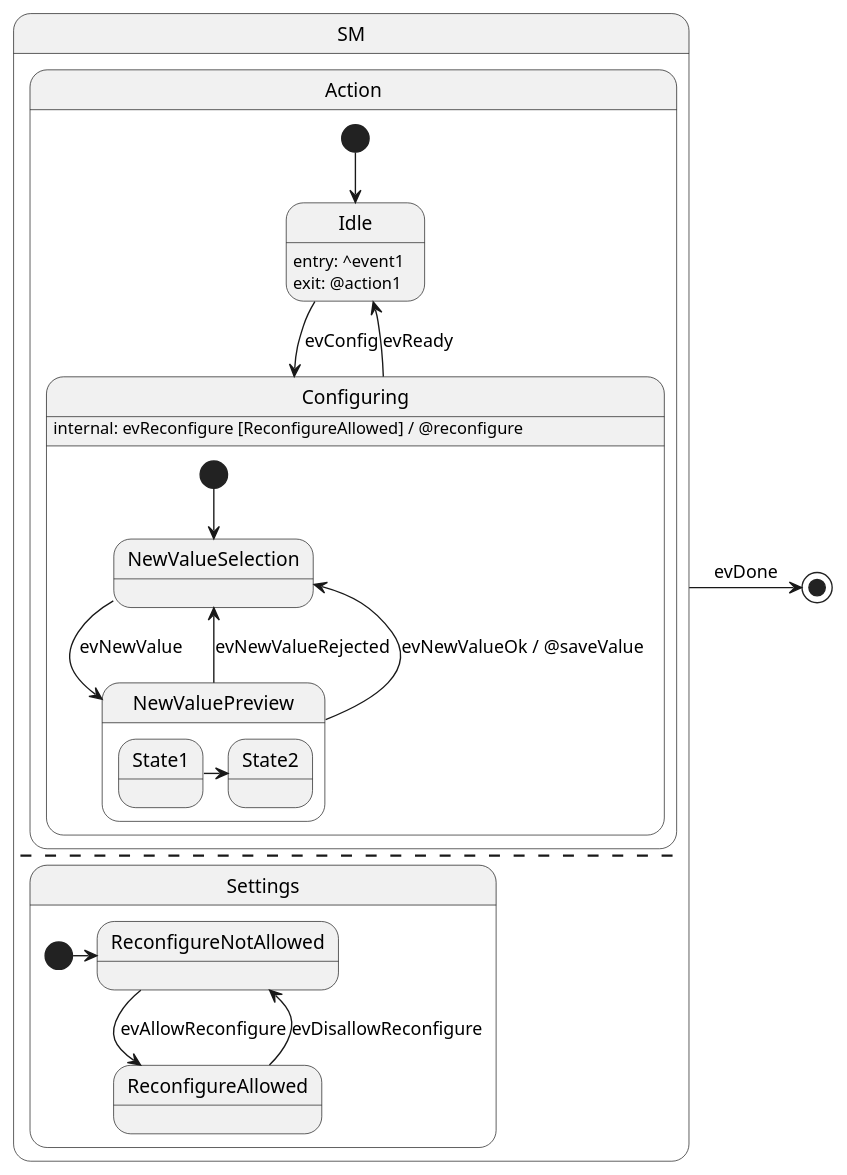
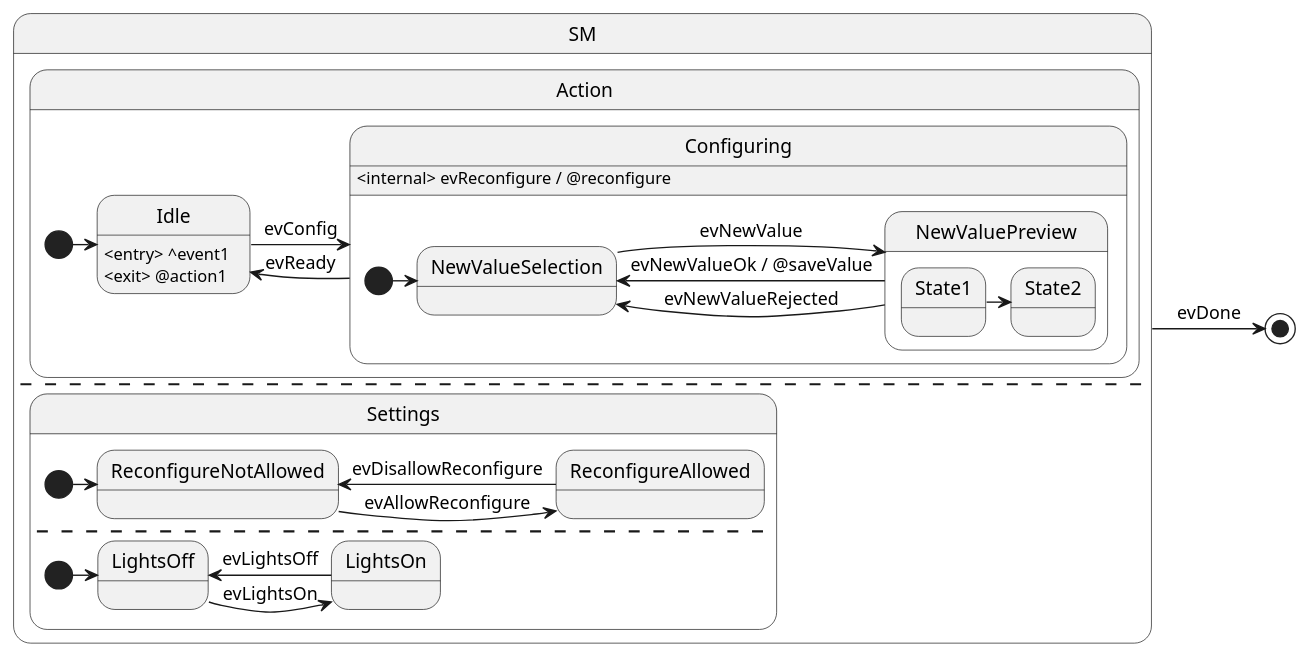
One commit to TobiasPleyer/sisyphus changed the diagram in examples/SimpleHierarchical/SimpleHierarchical.puml. Above: the diagram before and after it, drawn with PlantUML. The commit also changed 3 other files, not shown here.

```diff
--- a/examples/SimpleHierarchical/SimpleHierarchical.puml
+++ b/examples/SimpleHierarchical/SimpleHierarchical.puml
@@ -1,33 +1,37 @@
 @startuml
 state SM {
     state Action {
-        [*] --> Idle
-        Idle : entry: ^event1
-        Idle : exit: @action1
+        Idle : <entry> ^event1
+        Idle : <exit> @action1
+        [*] -> Idle
         
-        Idle --> Configuring : evConfig
-        Configuring --> Idle : evReady
+        Idle -> Configuring : evConfig
+        Configuring -> Idle : evReady
         
         state Configuring {
-          [*] --> NewValueSelection
-          NewValueSelection --> NewValuePreview : evNewValue
-          NewValuePreview --> NewValueSelection : evNewValueRejected
-          NewValuePreview --> NewValueSelection : evNewValueOk / @saveValue
+          [*] -> NewValueSelection
+          NewValueSelection -> NewValuePreview : evNewValue
+          NewValuePreview -> NewValueSelection : evNewValueRejected
+          NewValuePreview -> NewValueSelection : evNewValueOk / @saveValue
           
           state NewValuePreview {
         	 State1 -> State2
           }
         }
-        Configuring : internal: evReconfigure [ReconfigureAllowed] / @reconfigure
+        Configuring : <internal> evReconfigure / @reconfigure
     }
     --
     state Settings {
         [*] -> ReconfigureNotAllowed
-        ReconfigureNotAllowed --> ReconfigureAllowed : evAllowReconfigure
-        ReconfigureAllowed --> ReconfigureNotAllowed : evDisallowReconfigure
+        ReconfigureNotAllowed -> ReconfigureAllowed : evAllowReconfigure
+        ReconfigureAllowed -> ReconfigureNotAllowed : evDisallowReconfigure
+        --
+        [*] -> LightsOff
+        LightsOff -> LightsOn : evLightsOn
+        LightsOn -> LightsOff : evLightsOff
     }
 }
 
 SM -> [*] : evDone
 
 @enduml
```
